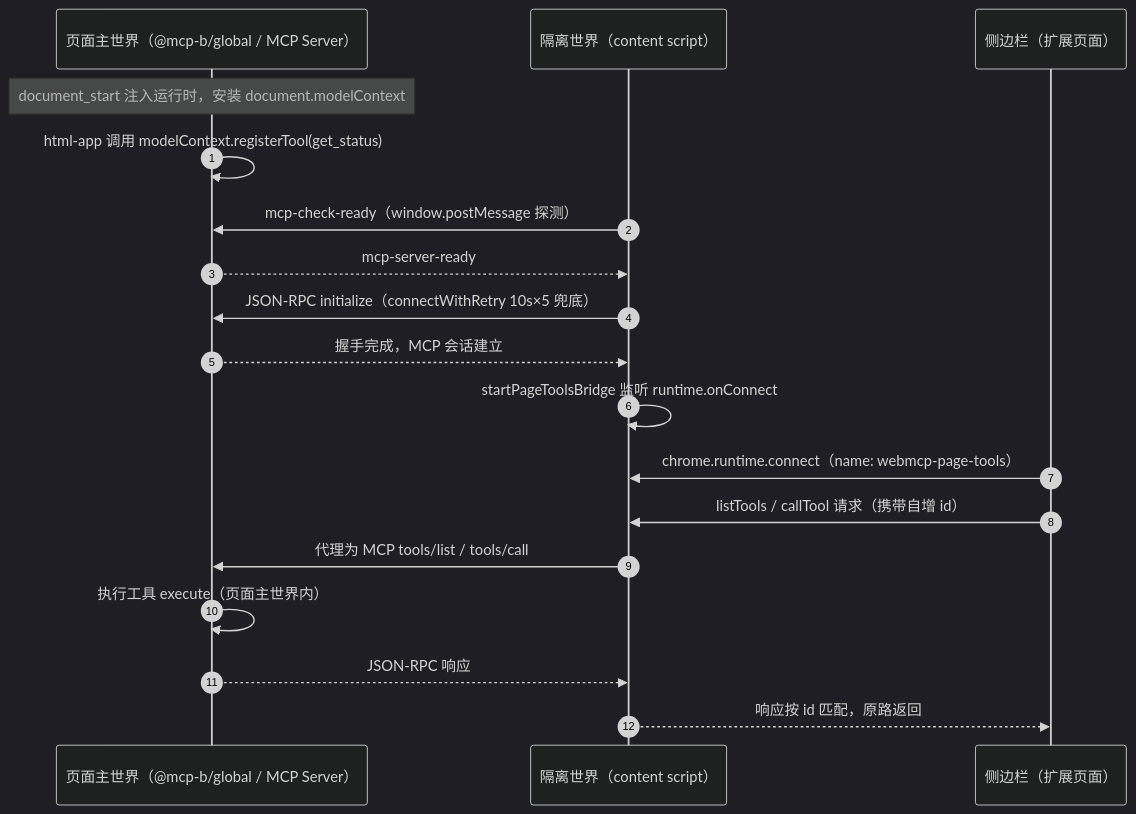
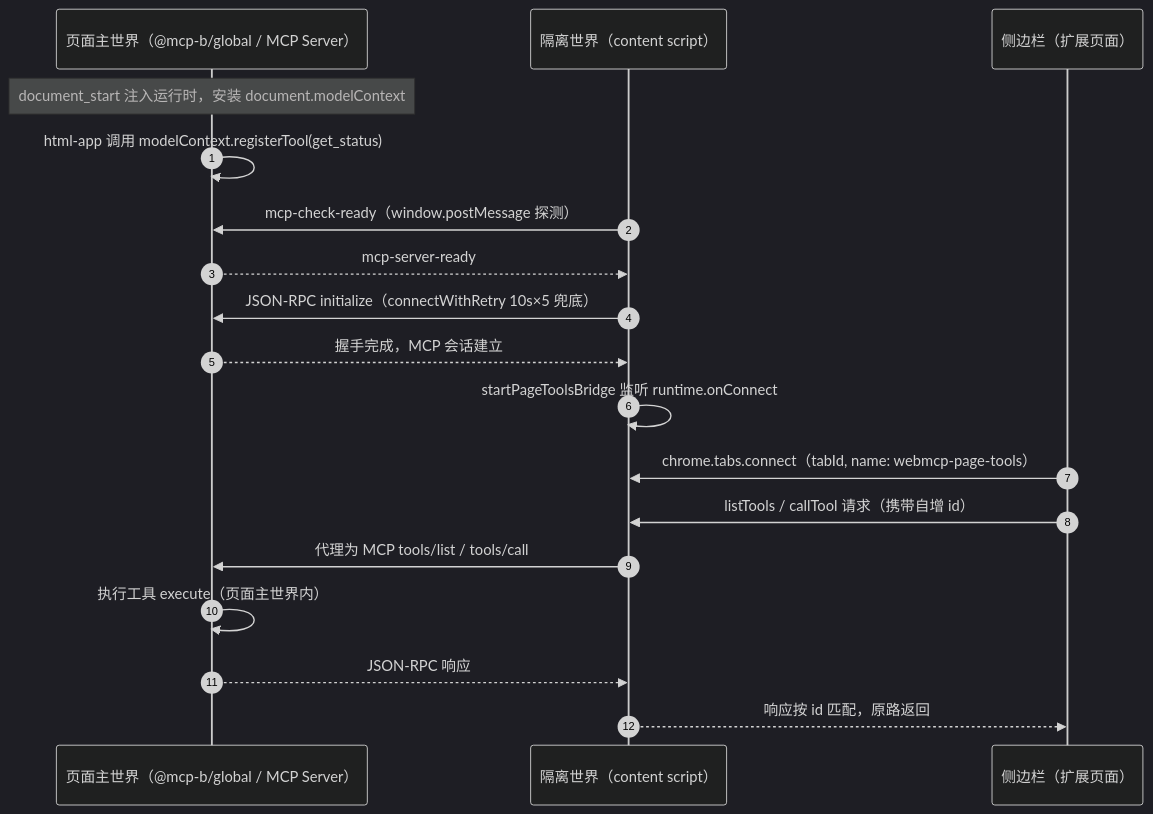
One commit to jackdizhu/webmcp-example changed the second of 2 diagrams in README.md. Above: the diagram before and after it, drawn with Mermaid (dark theme). The commit also changed other lines of this file and 12 other files, not shown here.

````diff
--- a/README.md
+++ b/README.md
@@ -95,21 +95,21 @@
 ```mermaid
 sequenceDiagram
     autonumber
     participant MW as 页面主世界（@mcp-b/global / MCP Server）
     participant CS as 隔离世界（content script）
     participant SP as 侧边栏（扩展页面）
 
     Note over MW: document_start 注入运行时，安装 document.modelContext
     MW->>MW: html-app 调用 modelContext.registerTool(get_status)
     CS->>MW: mcp-check-ready（window.postMessage 探测）
     MW-->>CS: mcp-server-ready
     CS->>MW: JSON-RPC initialize（connectWithRetry 10s×5 兜底）
     MW-->>CS: 握手完成，MCP 会话建立
     CS->>CS: startPageToolsBridge 监听 runtime.onConnect
-    SP->>CS: chrome.runtime.connect（name: webmcp-page-tools）
+    SP->>CS: chrome.tabs.connect（tabId, name: webmcp-page-tools）
     SP->>CS: listTools / callTool 请求（携带自增 id）
     CS->>MW: 代理为 MCP tools/list / tools/call
     MW->>MW: 执行工具 execute（页面主世界内）
     MW-->>CS: JSON-RPC 响应
     CS-->>SP: 响应按 id 匹配，原路返回
 ```
````
